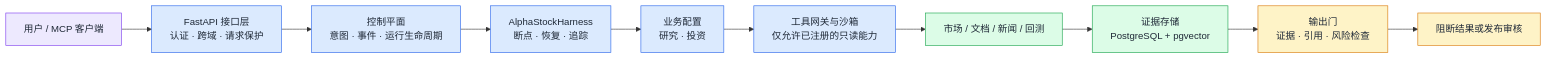
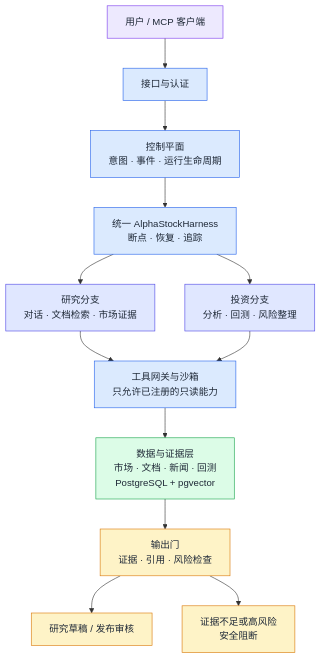
Before and after one commit to Neon549/AlphaStock: the diagram in README.md, drawn with Mermaid.

Commit message:
docs: redesign architecture diagram as vertical flow

````diff
--- a/README.md
+++ b/README.md
@@ -37,21 +37,27 @@
 ```mermaid
-flowchart LR
-    U["用户 / MCP 客户端"] --> API["FastAPI 接口层\n认证 · 跨域 · 请求保护"]
-    API --> CP["控制平面\n意图 · 事件 · 运行生命周期"]
-    CP --> H["AlphaStockHarness\n断点 · 恢复 · 追踪"]
-    H --> P["业务配置\n研究 · 投资"]
-    P --> G["工具网关与沙箱\n仅允许已注册的只读能力"]
-    G --> D["市场 / 文档 / 新闻 / 回测"]
-    D --> E["证据存储\nPostgreSQL + pgvector"]
-    E --> O["输出门\n证据 · 引用 · 风险检查"]
-    O --> R["阻断结果或发布审核"]
+flowchart TD
+    U["用户 / MCP 客户端"] --> API["接口与认证"]
+    API --> CP["控制平面<br/>意图 · 事件 · 运行生命周期"]
+    CP --> H["统一 AlphaStockHarness<br/>断点 · 恢复 · 追踪"]
+
+    H --> R["研究分支<br/>对话 · 文档检索 · 市场证据"]
+    H --> I["投资分支<br/>分析 · 回测 · 风险整理"]
+    R --> G["工具网关与沙箱<br/>只允许已注册的只读能力"]
+    I --> G
+
+    G --> E["数据与证据层<br/>市场 · 文档 · 新闻 · 回测<br/>PostgreSQL + pgvector"]
+    E --> O["输出门<br/>证据 · 引用 · 风险检查"]
+    O --> P["研究草稿 / 发布审核"]
+    O --> X["证据不足或高风险<br/>安全阻断"]
 
     classDef user fill:#EDE9FE,stroke:#7C3AED,color:#1F2937;
     classDef runtime fill:#DBEAFE,stroke:#2563EB,color:#1F2937;
+    classDef branch fill:#E0E7FF,stroke:#4F46E5,color:#1F2937;
     classDef evidence fill:#DCFCE7,stroke:#16A34A,color:#1F2937;
     classDef governance fill:#FEF3C7,stroke:#D97706,color:#1F2937;
     class U user;
-    class API,CP,H,P,G runtime;
-    class D,E evidence;
-    class O,R governance;
+    class API,CP,H,G runtime;
+    class R,I branch;
+    class E evidence;
+    class O,P,X governance;
 ```
````
